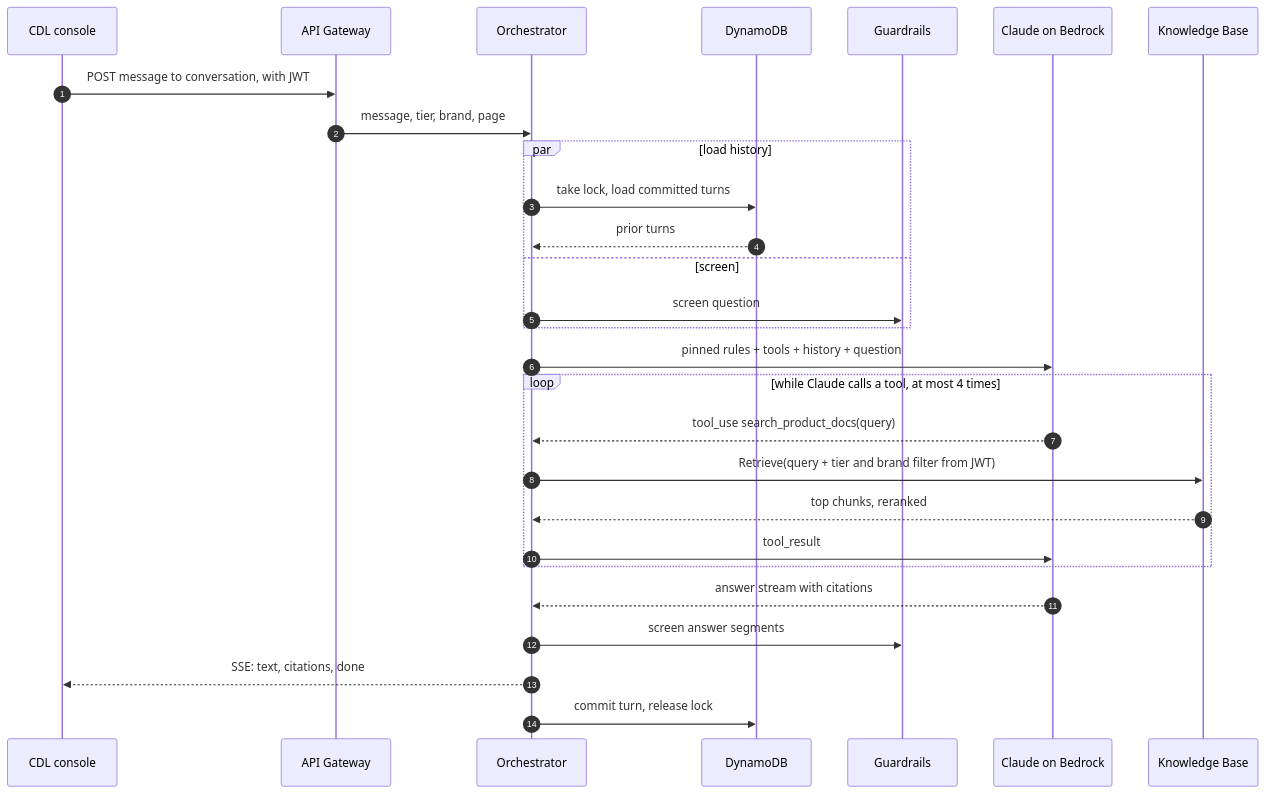
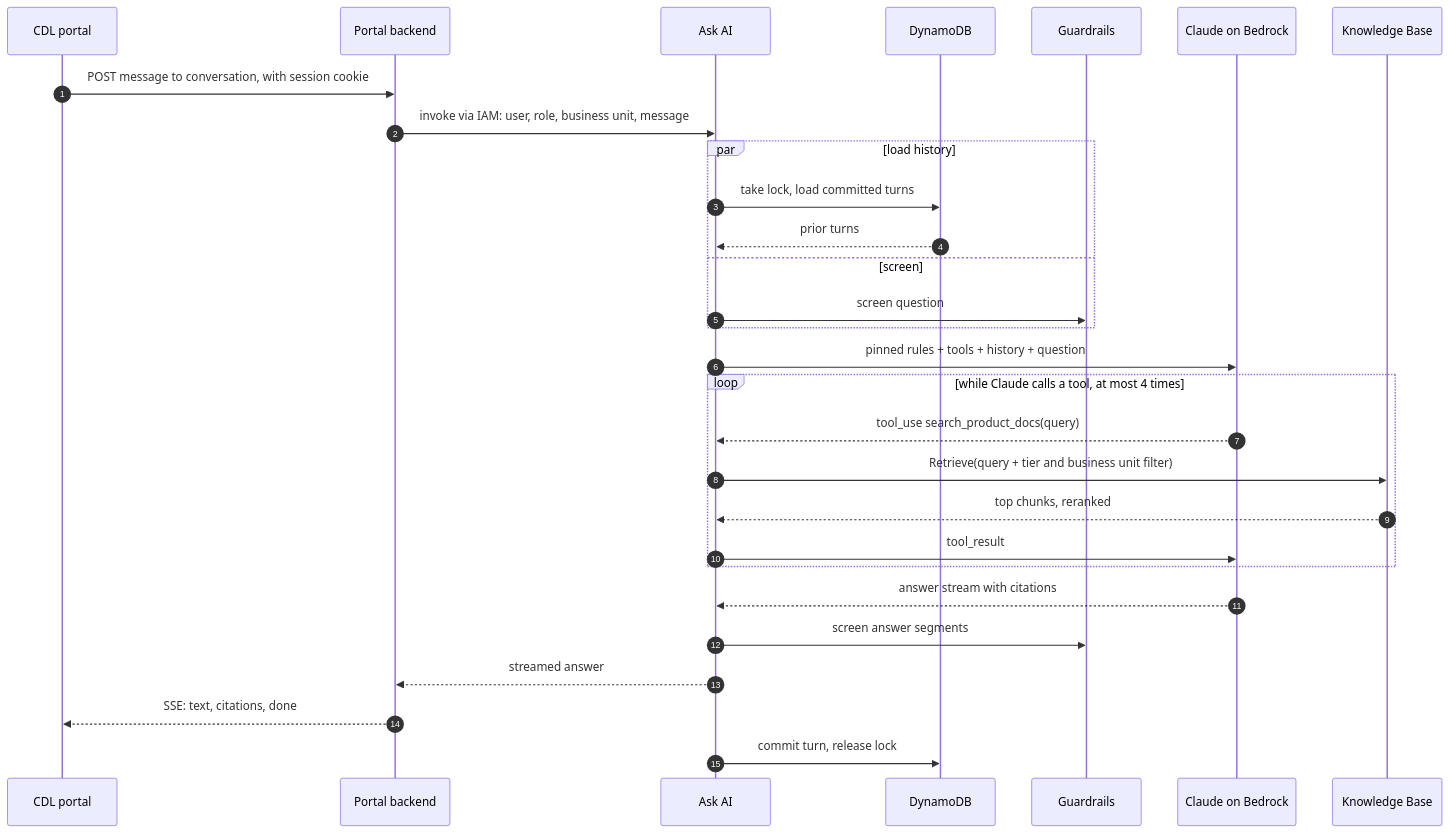
Before and after one commit to rutvik-madtech/newscorp-ask-ai: the fourth of 4 diagrams in docs/ASK_AI_PLAN.md, drawn with Mermaid. The commit also changed other lines of this file and 1 other file, not shown here.

First line of the commit message:
Ask AI: plug into the portal's existing session instead of Cognito

````diff
--- a/docs/ASK_AI_PLAN.md
+++ b/docs/ASK_AI_PLAN.md
@@ -304,30 +324,31 @@
 ```mermaid
 sequenceDiagram
   autonumber
-  participant UI as CDL console
-  participant GW as API Gateway
-  participant O as Orchestrator
+  participant UI as CDL portal
+  participant PB as Portal backend
+  participant O as Ask AI
   participant D as DynamoDB
   participant G as Guardrails
   participant C as Claude on Bedrock
   participant KB as Knowledge Base
-  UI->>GW: POST message to conversation, with JWT
-  GW->>O: message, tier, brand, page
+  UI->>PB: POST message to conversation, with session cookie
+  PB->>O: invoke via IAM: user, role, business unit, message
   par load history
     O->>D: take lock, load committed turns
     D-->>O: prior turns
   and screen
     O->>G: screen question
   end
   O->>C: pinned rules + tools + history + question
   loop while Claude calls a tool, at most 4 times
     C-->>O: tool_use search_product_docs(query)
-    O->>KB: Retrieve(query + tier and brand filter from JWT)
+    O->>KB: Retrieve(query + tier and business unit filter)
     KB-->>O: top chunks, reranked
     O->>C: tool_result
   end
   C-->>O: answer stream with citations
   O->>G: screen answer segments
-  O-->>UI: SSE: text, citations, done
+  O-->>PB: streamed answer
+  PB-->>UI: SSE: text, citations, done
   O->>D: commit turn, release lock
 ```
````
